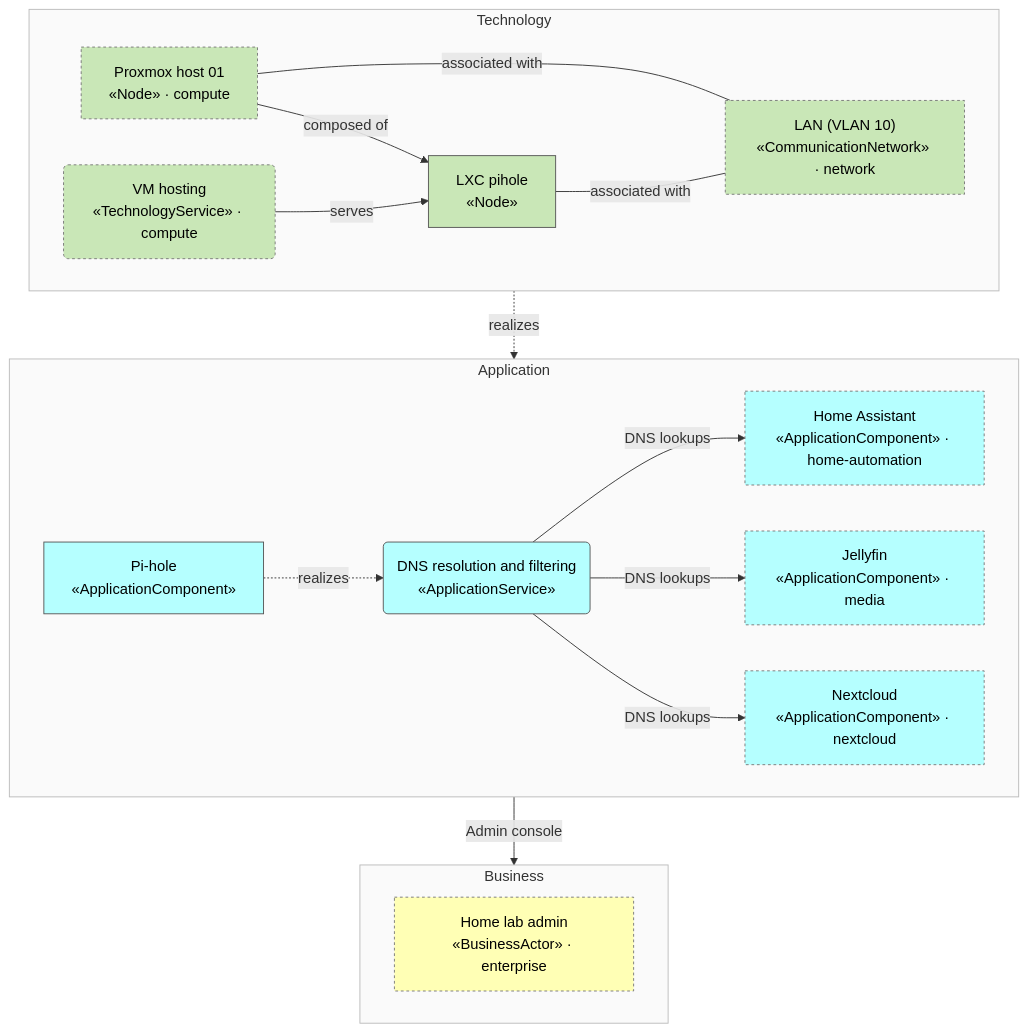
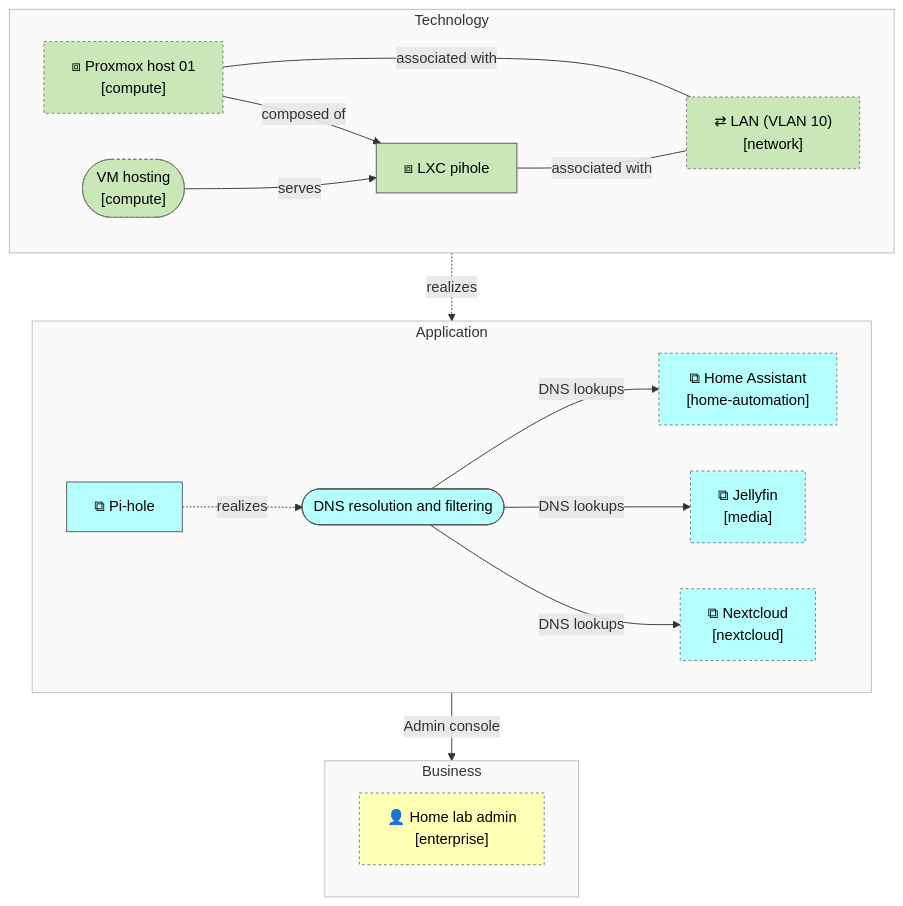
The third of 3 diagrams in docs/dns/view-overview.md (b-zig/a4m), drawn with Mermaid before and after one commit. The commit also changed other lines of this file and 15 other files, not shown here.

First line of the commit message:
Approximate ArchiMate notation in Mermaid flowcharts

````diff
--- a/docs/dns/view-overview.md
+++ b/docs/dns/view-overview.md
@@ -105,43 +107,43 @@
 ```mermaid
 flowchart TB
   subgraph layer_business["Business"]
     direction LR
-    enterprise__bus_admin["Home lab admin<br/>«BusinessActor» · enterprise"]
+    enterprise__bus_admin@{ shape: rect, label: "👤 Home lab admin<br/>[enterprise]" }
   end
   subgraph layer_application["Application"]
     direction LR
-    app_pihole["Pi-hole<br/>«ApplicationComponent»"]
-    app_svc_dns("DNS resolution and filtering<br/>«ApplicationService»")
-    home_automation__app_home_assistant["Home Assistant<br/>«ApplicationComponent» · home-automation"]
-    media__app_jellyfin["Jellyfin<br/>«ApplicationComponent» · media"]
-    nextcloud__app_nextcloud["Nextcloud<br/>«ApplicationComponent» · nextcloud"]
+    app_pihole@{ shape: rect, label: "⧉ Pi-hole" }
+    app_svc_dns@{ shape: stadium, label: "DNS resolution and filtering" }
+    home_automation__app_home_assistant@{ shape: rect, label: "⧉ Home Assistant<br/>[home-automation]" }
+    media__app_jellyfin@{ shape: rect, label: "⧉ Jellyfin<br/>[media]" }
+    nextcloud__app_nextcloud@{ shape: rect, label: "⧉ Nextcloud<br/>[nextcloud]" }
   end
   subgraph layer_technology["Technology"]
     direction LR
-    tech_lxc_pihole["LXC pihole<br/>«Node»"]
-    compute__tech_pve_01["Proxmox host 01<br/>«Node» · compute"]
-    compute__tech_svc_vm_hosting("VM hosting<br/>«TechnologyService» · compute")
-    network__tech_net_lan["LAN (VLAN 10)<br/>«CommunicationNetwork» · network"]
+    tech_lxc_pihole@{ shape: rect, label: "⧈ LXC pihole" }
+    compute__tech_pve_01@{ shape: rect, label: "⧈ Proxmox host 01<br/>[compute]" }
+    compute__tech_svc_vm_hosting@{ shape: stadium, label: "VM hosting<br/>[compute]" }
+    network__tech_net_lan@{ shape: rect, label: "⇄ LAN (VLAN 10)<br/>[network]" }
   end
   app_pihole -.->|"realizes"| app_svc_dns
   app_svc_dns -->|"Admin console"| enterprise__bus_admin
   tech_lxc_pihole -.->|"realizes"| app_pihole
   compute__tech_pve_01 -->|"composed of"| tech_lxc_pihole
   compute__tech_svc_vm_hosting -->|"serves"| tech_lxc_pihole
   tech_lxc_pihole ---|"associated with"| network__tech_net_lan
   compute__tech_pve_01 ---|"associated with"| network__tech_net_lan
   app_svc_dns -->|"DNS lookups"| home_automation__app_home_assistant
   app_svc_dns -->|"DNS lookups"| media__app_jellyfin
   app_svc_dns -->|"DNS lookups"| nextcloud__app_nextcloud
   classDef business fill:#FFFFB5,stroke:#555,color:#000
   class enterprise__bus_admin business
   style layer_business fill:#fafafa,stroke:#bbb
   classDef application fill:#B5FFFF,stroke:#555,color:#000
   class app_pihole,app_svc_dns,home_automation__app_home_assistant,media__app_jellyfin,nextcloud__app_nextcloud application
   style layer_application fill:#fafafa,stroke:#bbb
   classDef technology fill:#C9E7B7,stroke:#555,color:#000
   class tech_lxc_pihole,compute__tech_pve_01,compute__tech_svc_vm_hosting,network__tech_net_lan technology
   style layer_technology fill:#fafafa,stroke:#bbb
   classDef foreign stroke:#777,stroke-dasharray:3 3
   class compute__tech_pve_01,compute__tech_svc_vm_hosting,enterprise__bus_admin,home_automation__app_home_assistant,media__app_jellyfin,network__tech_net_lan,nextcloud__app_nextcloud foreign
 ```
````
